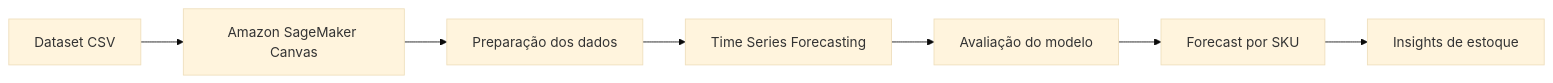
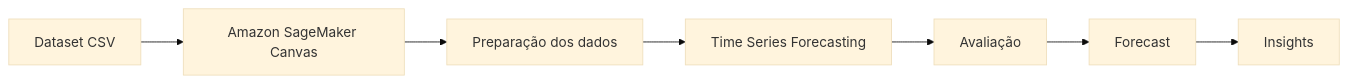
The second of 3 diagrams in README.md (matheusflorindo32/lab-aws-sagemaker-canvas-estoque), drawn with Mermaid (base theme) before and after one commit. The commit also changed other lines of this file, not shown here.

````diff
--- a/README.md
+++ b/README.md
@@ -102,9 +312,9 @@
 ```mermaid
 flowchart LR
     A[Dataset CSV] --> B[Amazon SageMaker Canvas]
     B --> C[Preparação dos dados]
     C --> D[Time Series Forecasting]
-    D --> E[Avaliação do modelo]
-    E --> F[Forecast por SKU]
-    F --> G[Insights de estoque]
+    D --> E[Avaliação]
+    E --> F[Forecast]
+    F --> G[Insights]
 ```
````
